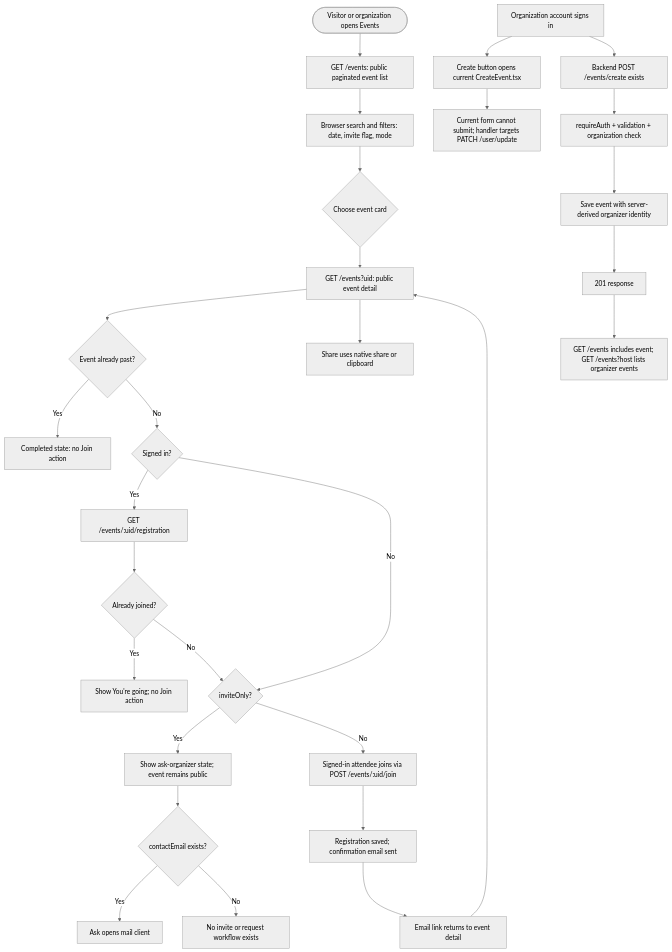
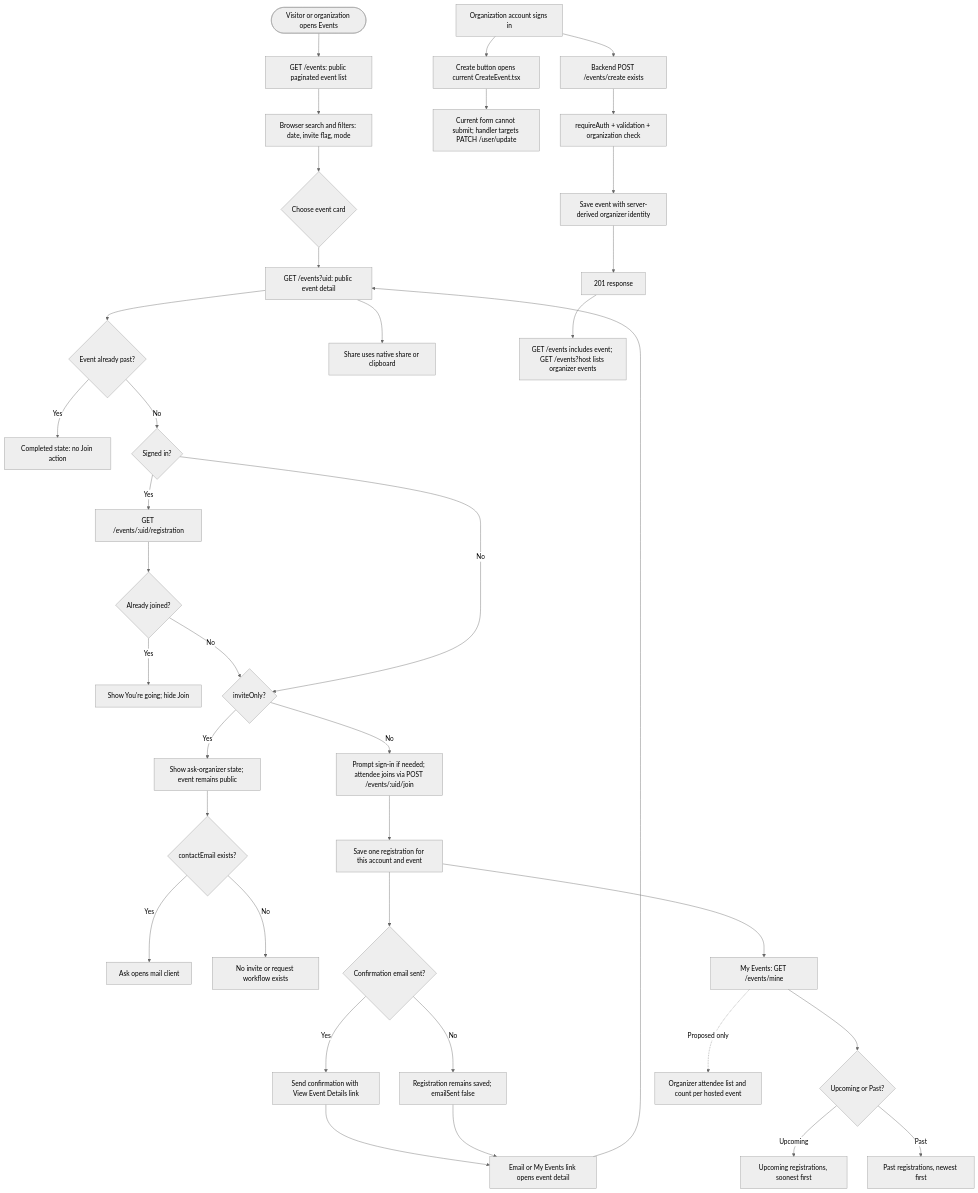
One commit to karmacircleCommunity/KarmaCircle changed the diagram in docs/specs/events.md. Above: the diagram before and after it, drawn with Mermaid (neutral theme). The commit also changed other lines of this file and 26 other files, not shown here.

Commit message:
feat(events): add attendee My Events and refine org setup

````diff
--- a/docs/specs/events.md
+++ b/docs/specs/events.md
@@ -27,31 +29,40 @@
 ```mermaid
 flowchart TD
     A([Visitor or organization opens Events]) --> B[GET /events: public paginated event list]
     B --> C[Browser search and filters: date, invite flag, mode]
     C --> D{Choose event card}
     D --> E[GET /events?uid: public event detail]
     E --> F{Event already past?}
     F -->|Yes| G[Completed state: no Join action]
     F -->|No| X{Signed in?}
     X -->|Yes| Y[GET /events/:uid/registration]
     Y --> Z{Already joined?}
-    Z -->|Yes| AA[Show You're going; no Join action]
+    Z -->|Yes| AA[Show You're going; hide Join]
     Z -->|No| H{inviteOnly?}
     X -->|No| H
     H -->|Yes| I[Show ask-organizer state; event remains public]
     I --> J{contactEmail exists?}
     J -->|Yes| K[Ask opens mail client]
     J -->|No| L[No invite or request workflow exists]
-    H -->|No| M[Signed-in attendee joins via POST /events/:uid/join]
-    M --> N[Registration saved; confirmation email sent]
-    N --> AB[Email link returns to event detail]
+    H -->|No| M[Prompt sign-in if needed; attendee joins via POST /events/:uid/join]
+    M --> N[Save one registration for this account and event]
+    N --> EE{Confirmation email sent?}
+    EE -->|Yes| EM[Send confirmation with View Event Details link]
+    EE -->|No| EF[Registration remains saved; emailSent false]
+    EM --> AB[Email or My Events link opens event detail]
+    EF --> AB
     AB --> E
     E --> O[Share uses native share or clipboard]
+    N --> ME[My Events: GET /events/mine]
+    ME --> MP{Upcoming or Past?}
+    MP -->|Upcoming| MU[Upcoming registrations, soonest first]
+    MP -->|Past| MT[Past registrations, newest first]
+    ME -.->|Proposed only| OR[Organizer attendee list and count per hosted event]
     P[Organization account signs in] --> Q[Create button opens current CreateEvent.tsx]
     Q --> R[Current form cannot submit; handler targets PATCH /user/update]
     P --> S[Backend POST /events/create exists]
     S --> T[requireAuth + validation + organization check]
     T --> U[Save event with server-derived organizer identity]
     U --> V[201 response]
     V --> W[GET /events includes event; GET /events?host lists organizer events]
 ```
````
